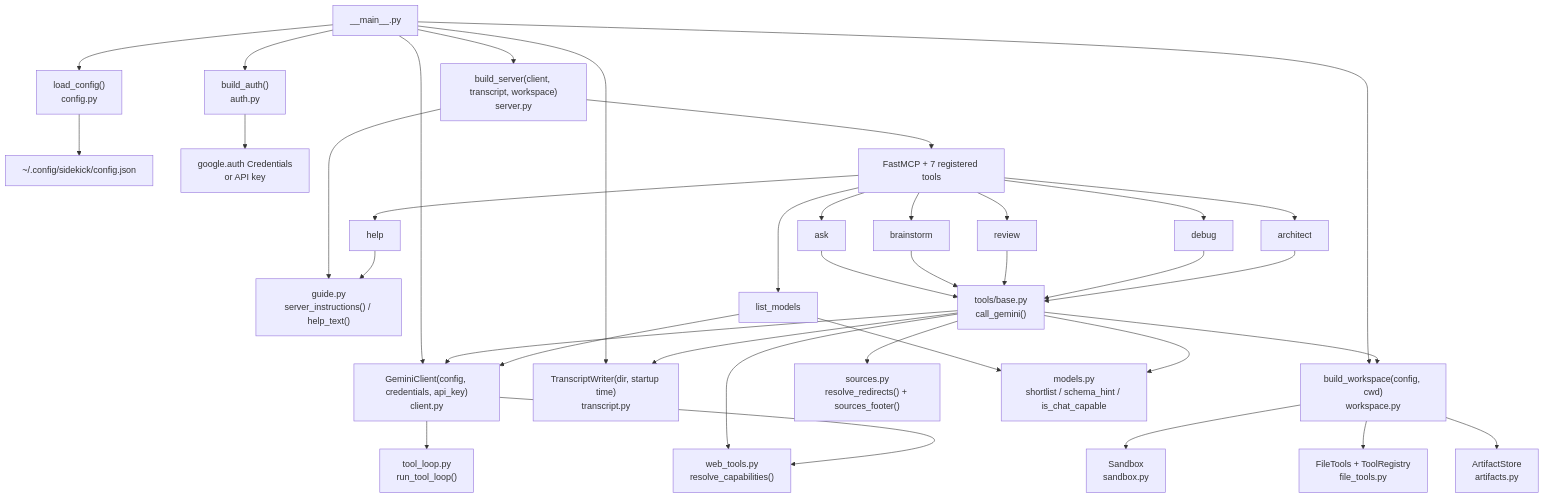
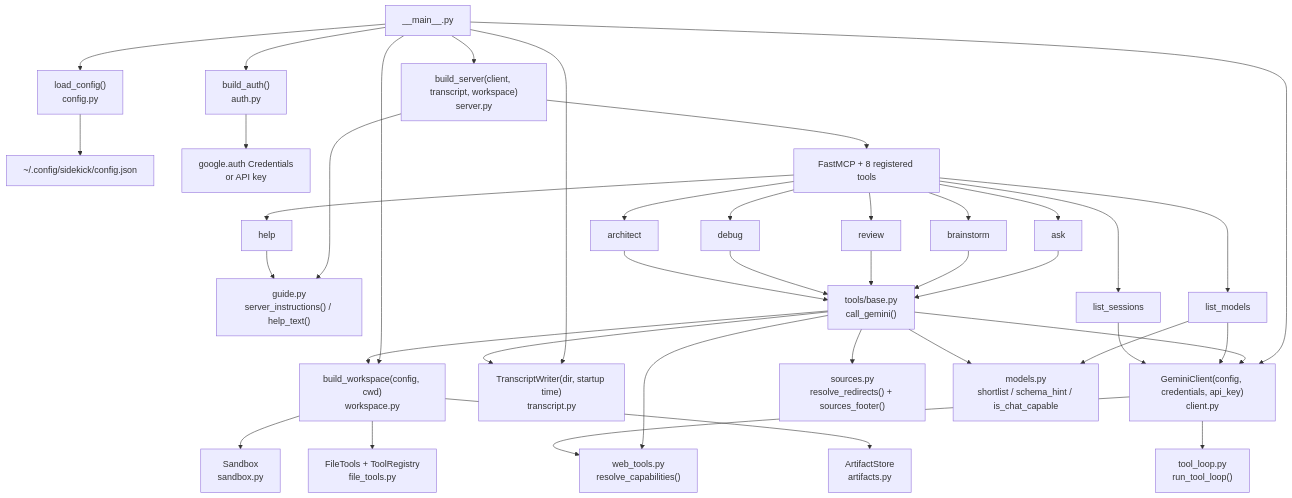
The first of 2 diagrams in docs/architecture.md (FlintAndFilament/gemini-bridge), drawn with Mermaid before and after one commit. The commit also changed other lines of this file and 6 other files, not shown here.

````diff
--- a/docs/architecture.md
+++ b/docs/architecture.md
@@ -5,38 +5,40 @@
 ```mermaid
 graph TD
     M["__main__.py"] --> CFG["load_config()<br/>config.py"]
     M --> AUTH["build_auth()<br/>auth.py"]
     M --> CL["GeminiClient(config, credentials, api_key)<br/>client.py"]
     M --> TR["TranscriptWriter(dir, startup time)<br/>transcript.py"]
     M --> WS["build_workspace(config, cwd)<br/>workspace.py"]
     M --> SRV["build_server(client, transcript, workspace)<br/>server.py"]
 
     CFG --> JSON["~/.config/sidekick/config.json"]
     AUTH --> CRED["google.auth Credentials<br/>or API key"]
 
     WS --> SB["Sandbox<br/>sandbox.py"]
     WS --> FT["FileTools + ToolRegistry<br/>file_tools.py"]
     WS --> AR["ArtifactStore<br/>artifacts.py"]
 
     SRV --> GUIDE["guide.py<br/>server_instructions() / help_text()"]
-    SRV --> MCP["FastMCP + 7 registered tools"]
+    SRV --> MCP["FastMCP + 8 registered tools"]
     MCP --> T1["ask"]
     MCP --> T2["brainstorm"]
     MCP --> T3["review"]
     MCP --> T4["debug"]
     MCP --> T5["architect"]
     MCP --> T6["list_models"]
     MCP --> T7["help"]
+    MCP --> T8["list_sessions"]
 
     T1 & T2 & T3 & T4 & T5 --> BASE["tools/base.py<br/>call_gemini()"]
     BASE --> CL
     BASE --> WEB["web_tools.py<br/>resolve_capabilities()"]
     BASE --> SRC["sources.py<br/>resolve_redirects() + sources_footer()"]
     BASE --> TR
     BASE --> WS
     CL --> LOOP["tool_loop.py<br/>run_tool_loop()"]
     CL --> WEB
     T6 --> CL
     T6 & BASE --> MOD["models.py<br/>shortlist / schema_hint / is_chat_capable"]
     T7 --> GUIDE
+    T8 --> CL
 ```
````
